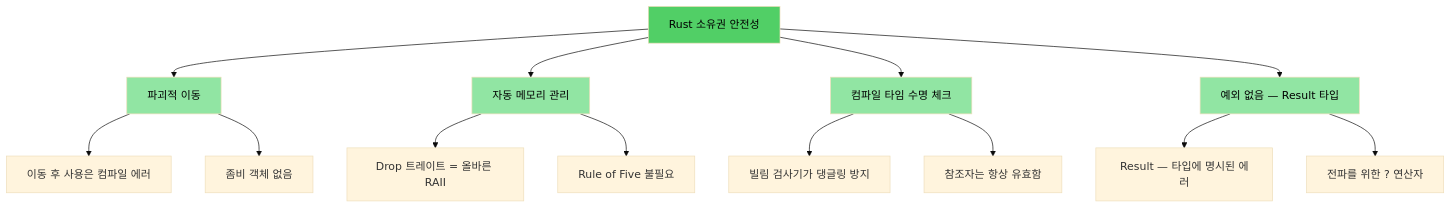
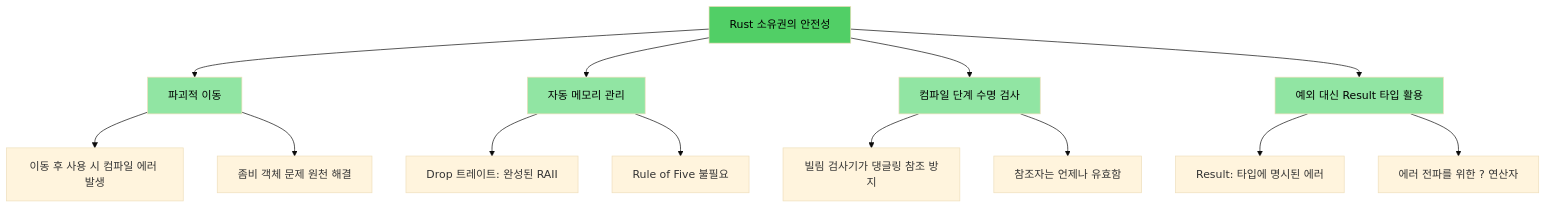
Before and after one commit to partrita/RustTraining: the first of 4 diagrams in c-cpp-book/src/ch01-introduction-and-motivation.md, drawn with Mermaid (base theme). The commit also changed other lines of this file and 157 other files, not shown here.

````diff
--- a/c-cpp-book/src/ch01-introduction-and-motivation.md
+++ b/c-cpp-book/src/ch01-introduction-and-motivation.md
@@ -90,25 +90,25 @@
 ```mermaid
 graph TD
-    A[Rust 소유권 안전성] --> B[파괴적 이동]
+    A[Rust 소유권의 안전성] --> B[파괴적 이동]
     A --> C[자동 메모리 관리]
-    A --> D[컴파일 타임 수명 체크]
-    A --> E[예외 없음 — Result 타입]
+    A --> D[컴파일 단계 수명 검사]
+    A --> E[예외 대신 Result 타입 활용]
     
-    B --> B1["이동 후 사용은 컴파일 에러"]
-    B --> B2["좀비 객체 없음"]
+    B --> B1["이동 후 사용 시 컴파일 에러 발생"]
+    B --> B2["좀비 객체 문제 원천 해결"]
     
-    C --> C1["Drop 트레이트 = 올바른 RAII"]
+    C --> C1["Drop 트레이트: 완성된 RAII"]
     C --> C2["Rule of Five 불필요"]
     
-    D --> D1["빌림 검사기가 댕글링 방지"]
-    D --> D2["참조자는 항상 유효함"]
+    D --> D1["빌림 검사기가 댕글링 참조 방지"]
+    D --> D2["참조자는 언제나 유효함"]
     
-    E --> E1["Result<T,E> — 타입에 명시된 에러"]
-    E --> E2["전파를 위한 ? 연산자"]
+    E --> E1["Result<T,E>: 타입에 명시된 에러"]
+    E --> E2["에러 전파를 위한 ? 연산자"]
     
     style A fill:#51cf66,color:#000
     style B fill:#91e5a3,color:#000
     style C fill:#91e5a3,color:#000
     style D fill:#91e5a3,color:#000
     style E fill:#91e5a3,color:#000
 ```
````
